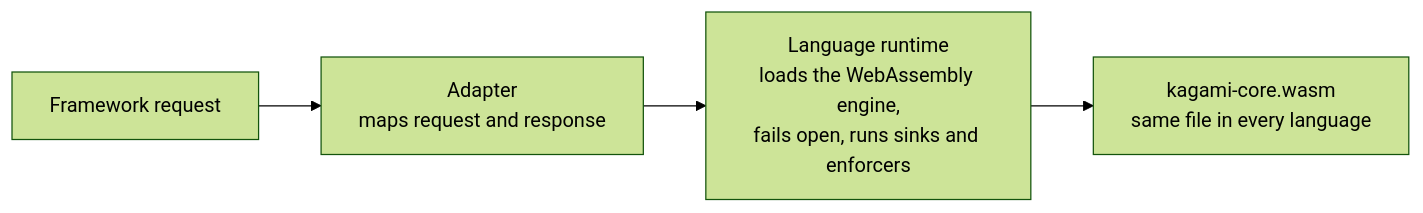
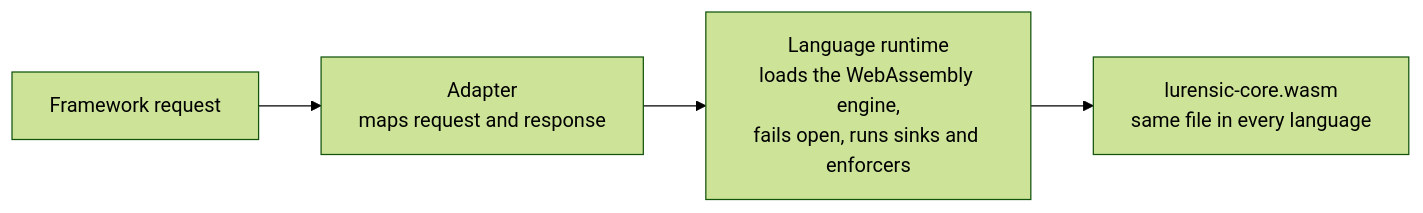
The diagram in docs/guides/new-adapter.md (agenticslabs-xyz/lurensic), drawn with Mermaid (forest theme) before and after one commit. The commit also changed other lines of this file and 88 other files, not shown here.

First line of the commit message:
Rename Kagami to Lurensic (#8)

````diff
--- a/docs/guides/new-adapter.md
+++ b/docs/guides/new-adapter.md
@@ -6,6 +6,6 @@
 ```mermaid
 flowchart LR
     F["Framework request"] --> AD["Adapter<br/>maps request and response"]
     AD --> RT["Language runtime<br/>loads the WebAssembly engine,<br/>fails open, runs sinks and enforcers"]
-    RT --> CORE["kagami-core.wasm<br/>same file in every language"]
+    RT --> CORE["lurensic-core.wasm<br/>same file in every language"]
 ```
````
